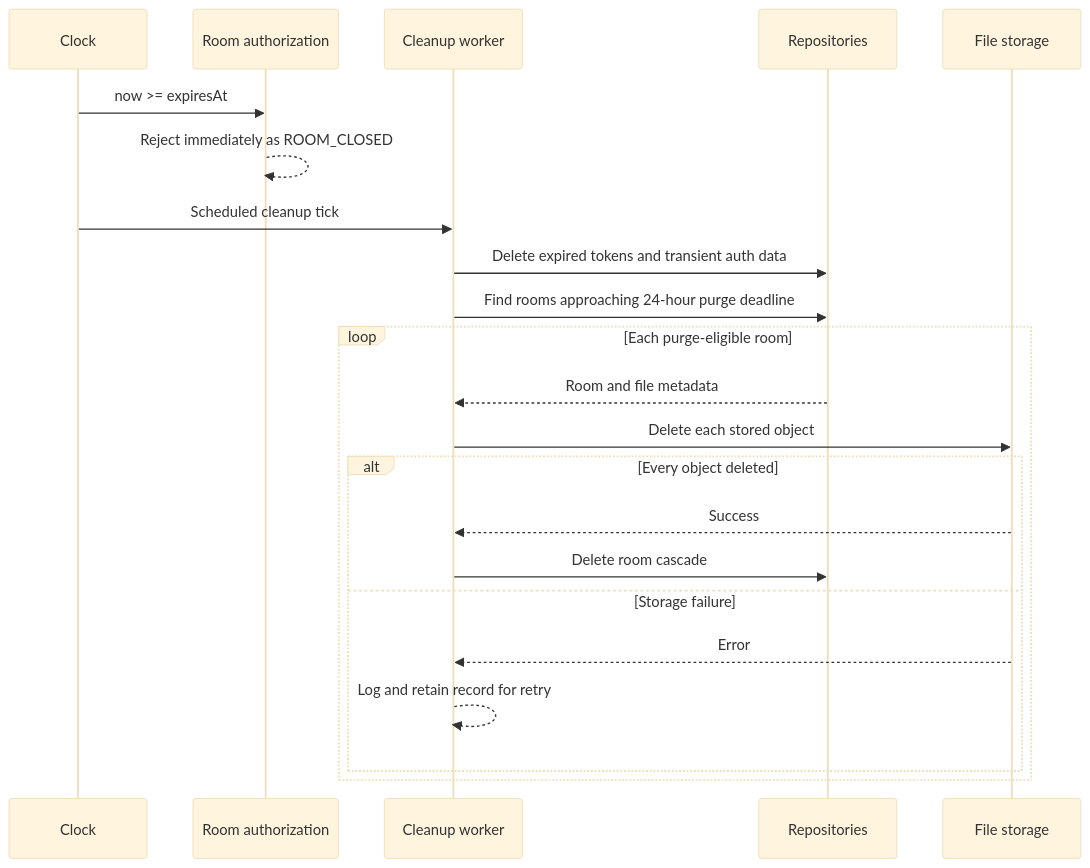
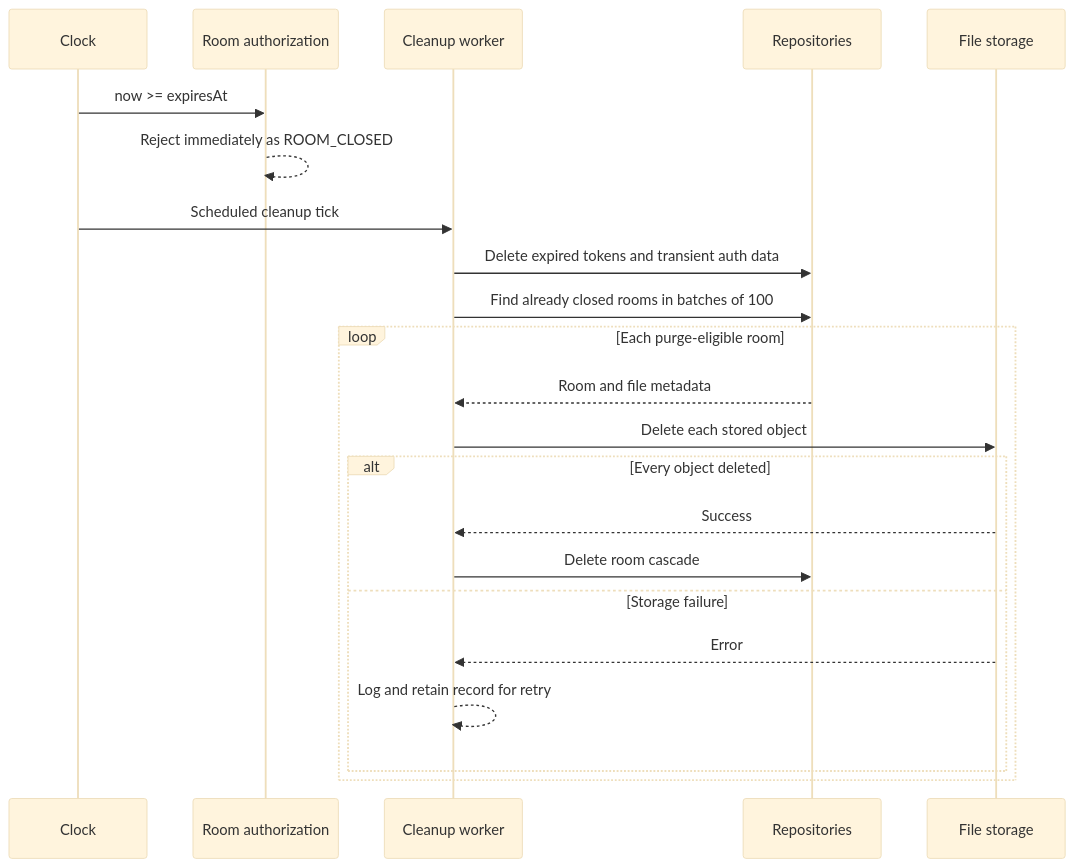
One commit to alan746/MySend changed diagram 11 of 12 in docs/design/06-system-sequences.md. Above: the diagram before and after it, drawn with Mermaid (base theme). The commit also changed 12 other files, not shown here.

Commit message:
fix(room): purge closed files on the next cleanup cycle (#75)

````diff
--- a/docs/design/06-system-sequences.md
+++ b/docs/design/06-system-sequences.md
@@ -403,25 +403,25 @@
 ```mermaid
 sequenceDiagram
     participant Clock
     participant API as Room authorization
     participant Job as Cleanup worker
     participant DB as Repositories
     participant Store as File storage
 
     Clock->>API: now >= expiresAt
     API-->>API: Reject immediately as ROOM_CLOSED
     Clock->>Job: Scheduled cleanup tick
     Job->>DB: Delete expired tokens and transient auth data
-    Job->>DB: Find rooms approaching 24-hour purge deadline
+    Job->>DB: Find already closed rooms in batches of 100
     loop Each purge-eligible room
         DB-->>Job: Room and file metadata
         Job->>Store: Delete each stored object
         alt Every object deleted
             Store-->>Job: Success
             Job->>DB: Delete room cascade
         else Storage failure
             Store-->>Job: Error
             Job-->>Job: Log and retain record for retry
         end
     end
 ```
````
